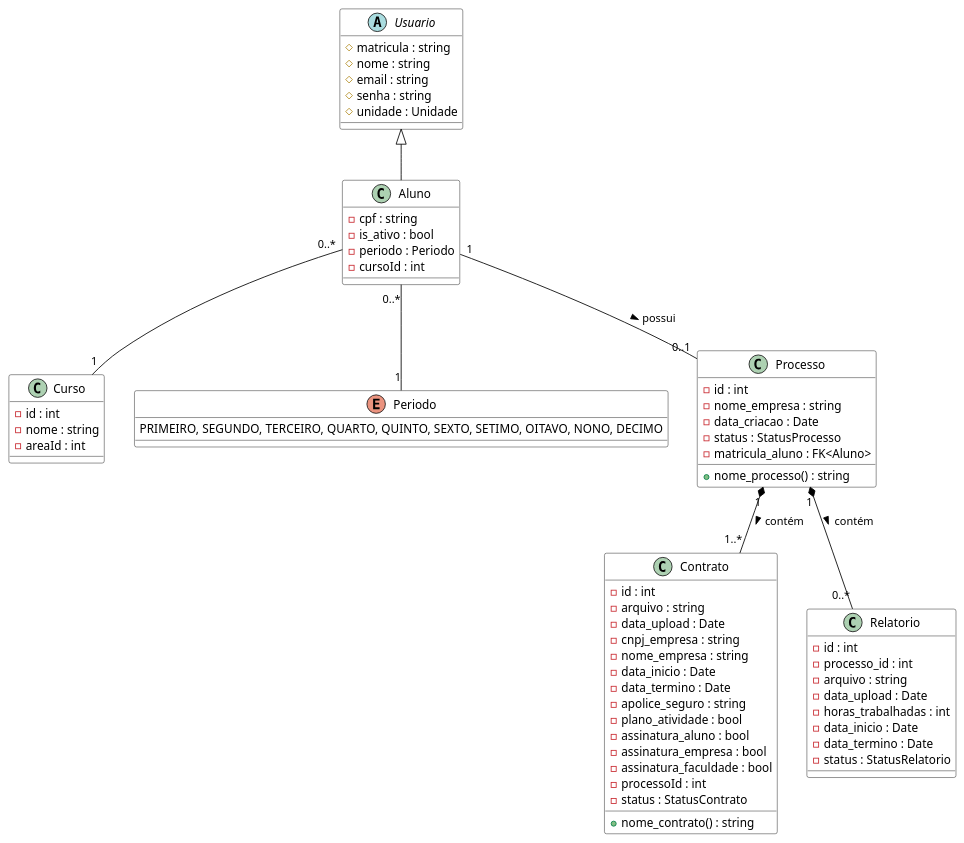
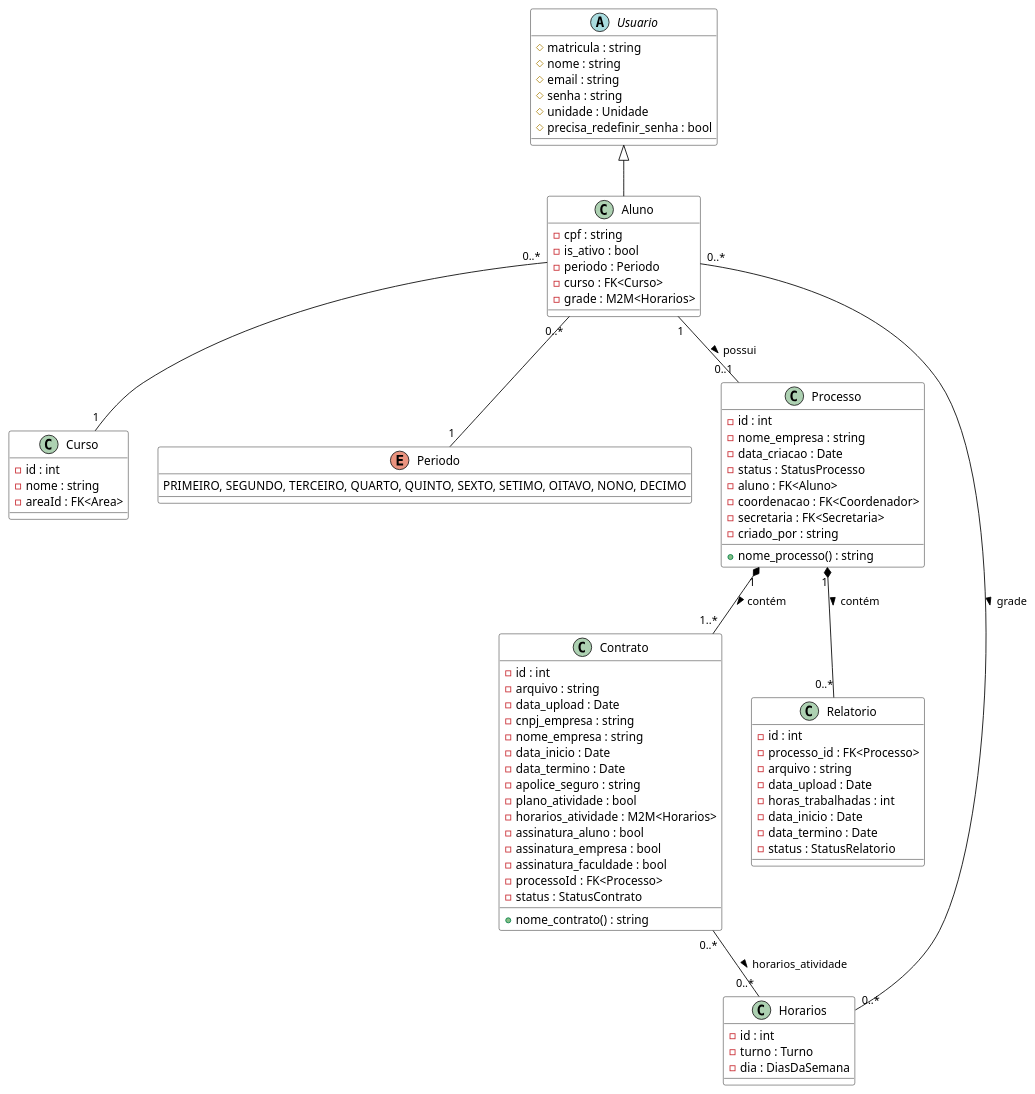
One commit to Projetos-de-Extensao/PBE_26.1_8002_III changed the diagram in docs/assets/Diagramas/src/diagrama_classes_aluno.puml. Above: the diagram before and after it, drawn with PlantUML. The commit also changed 7 other files, not shown here.

Commit message:
docs: atualização dos diagramas de classe para refletir o desenvolvimento

```diff
--- a/docs/assets/Diagramas/src/diagrama_classes_aluno.puml
+++ b/docs/assets/Diagramas/src/diagrama_classes_aluno.puml
@@ -1,81 +1,95 @@
 @startuml
 
 ' --- Estilos ---
 skinparam class {
     BackgroundColor White
     ArrowColor Black
     BorderColor Black
 }
 
 ' --- Classes Relevantes ---
 abstract class Usuario {
     # matricula : string
     # nome : string
     # email : string
     # senha : string
     # unidade : Unidade
+    # precisa_redefinir_senha : bool
 }
 
 class Aluno extends Usuario {
     - cpf : string
     - is_ativo : bool
     - periodo : Periodo
-    - cursoId : int
+    - curso : FK<Curso>
+    - grade : M2M<Horarios>
 }
 
 class Curso {
     - id : int
     - nome : string
-    - areaId : int
+    - areaId : FK<Area>
 }
 
 enum Periodo {
     PRIMEIRO, SEGUNDO, TERCEIRO, QUARTO, QUINTO, SEXTO, SETIMO, OITAVO, NONO, DECIMO
 }
 
 class Processo {
     - id : int
     - nome_empresa : string
     - data_criacao : Date
     - status : StatusProcesso
-    - matricula_aluno : FK<Aluno>
+    - aluno : FK<Aluno>
+    - coordenacao : FK<Coordenador>
+    - secretaria : FK<Secretaria>
+    - criado_por : string
     + nome_processo() : string
 }
 
 class Contrato {
     - id : int
     - arquivo : string
     - data_upload : Date
     - cnpj_empresa : string
     - nome_empresa : string
     - data_inicio : Date
     - data_termino : Date
     - apolice_seguro : string
     - plano_atividade : bool
+    - horarios_atividade : M2M<Horarios>
     - assinatura_aluno : bool
     - assinatura_empresa : bool
     - assinatura_faculdade : bool
-    - processoId : int
+    - processoId : FK<Processo>
     - status : StatusContrato
     + nome_contrato() : string
 }
 
 class Relatorio {
     - id : int
-    - processo_id : int
+    - processo_id : FK<Processo>
     - arquivo : string
     - data_upload : Date
     - horas_trabalhadas : int
     - data_inicio : Date
     - data_termino : Date
     - status : StatusRelatorio
 }
 
+class Horarios {
+    - id : int
+    - turno : Turno
+    - dia : DiasDaSemana
+}
+
 ' --- Relacionamentos ---
 Aluno "0..*" -- "1" Curso
 Aluno "0..*" -- "1" Periodo
+Aluno "0..*" -- "0..*" Horarios : grade >
 Aluno "1" -- "0..1" Processo : possui >
 Processo "1" *-- "1..*" Contrato : contém >
 Processo "1" *-- "0..*" Relatorio : contém >
+Contrato "0..*" -- "0..*" Horarios : horarios_atividade >
 
 @enduml
```
